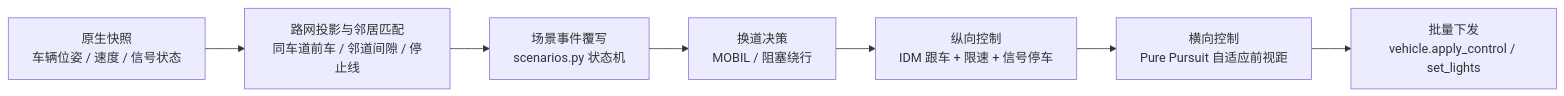
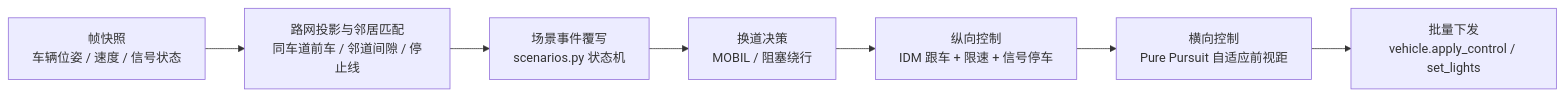
One commit to ZiyuZ/DRISCA changed the diagram in docs/design/03-TrafficSystem.md. Above: the diagram before and after it, drawn with Mermaid. The commit also changed other lines of this file and 32 other files, not shown here.

Commit message:
docs: 统一文档表述、补全最新功能说明并嵌入运行截图

````diff
--- a/docs/design/03-TrafficSystem.md
+++ b/docs/design/03-TrafficSystem.md
@@ -19,9 +19,9 @@
 ```mermaid
 flowchart LR
-    S["原生快照<br/>车辆位姿 / 速度 / 信号状态"] --> P["路网投影与邻居匹配<br/>同车道前车 / 邻道间隙 / 停止线"]
+    S["帧快照<br/>车辆位姿 / 速度 / 信号状态"] --> P["路网投影与邻居匹配<br/>同车道前车 / 邻道间隙 / 停止线"]
     P --> SC["场景事件覆写<br/>scenarios.py 状态机"]
     SC --> LC["换道决策<br/>MOBIL / 阻塞绕行"]
     LC --> LON["纵向控制<br/>IDM 跟车 + 限速 + 信号停车"]
     LON --> LAT["横向控制<br/>Pure Pursuit 自适应前视距"]
     LAT --> O["批量下发<br/>vehicle.apply_control / set_lights"]
 ```
````
